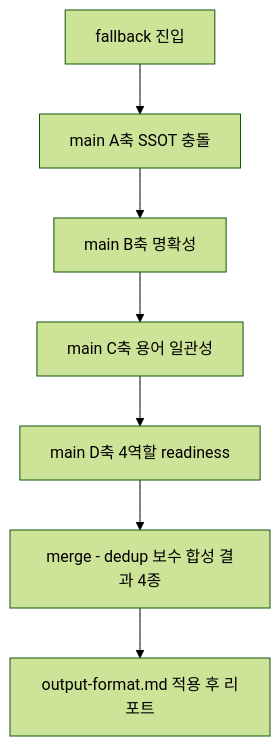
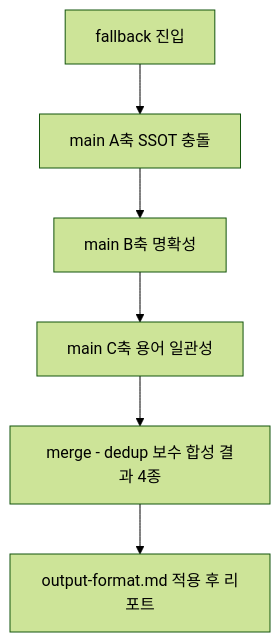
One commit to inkwonjung-colosseum/plugins changed the third of 3 diagrams in product-team-kit/docs/skills-workflow-detail.md. Above: the diagram before and after it, drawn with Mermaid (forest theme). The commit also changed other lines of this file and 23 other files, not shown here.

````diff
--- a/product-team-kit/docs/skills-workflow-detail.md
+++ b/product-team-kit/docs/skills-workflow-detail.md
@@ -248,9 +232,8 @@
 ```mermaid
 flowchart TD
     A[fallback 진입] --> B[main A축 SSOT 충돌]
     B --> C[main B축 명확성]
     C --> D[main C축 용어 일관성]
-    D --> E[main D축 4역할 readiness]
-    E --> F[merge - dedup 보수 합성 결과 4종]
+    D --> F[merge - dedup 보수 합성 결과 4종]
     F --> G[output-format.md 적용 후 리포트]
 ```
````
